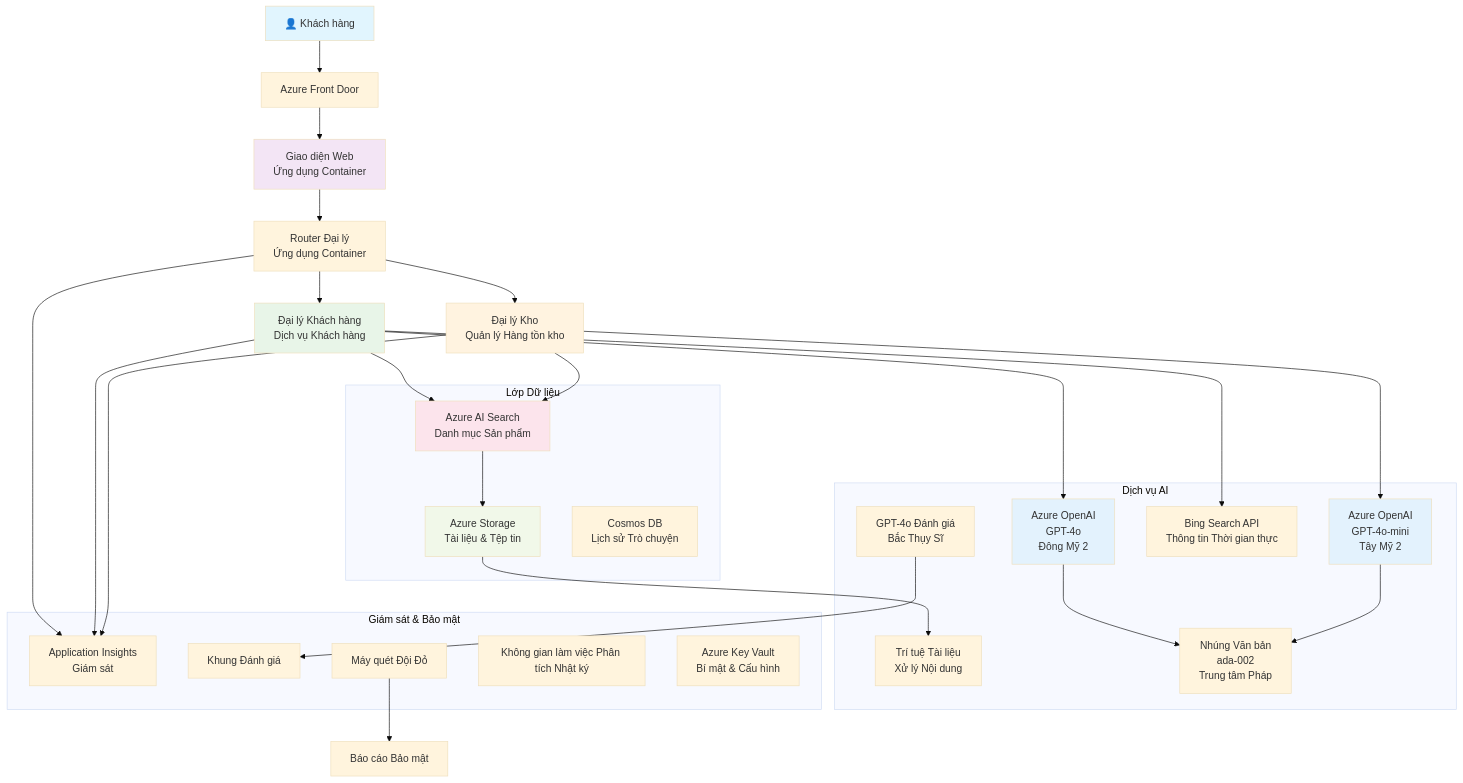
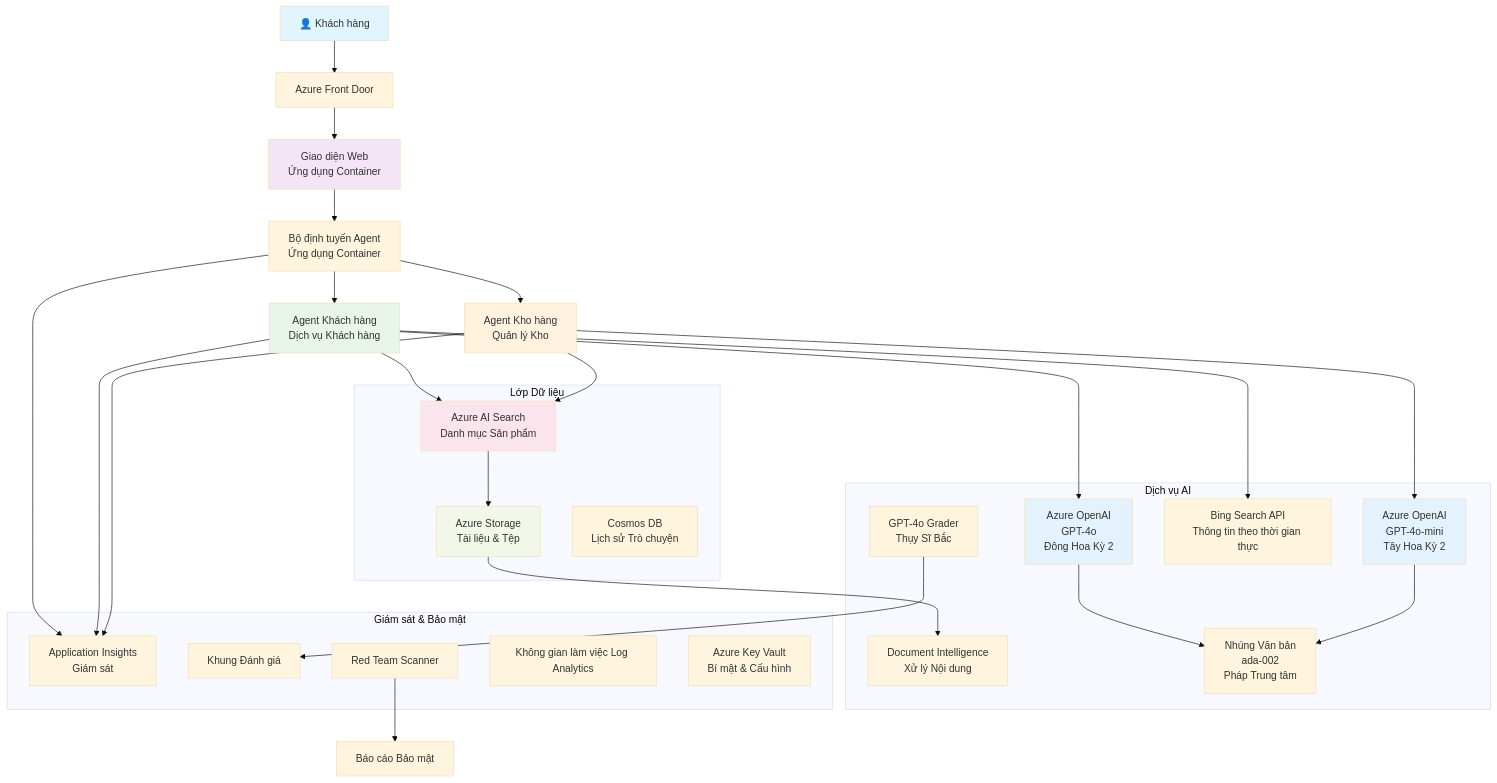
The diagram in translations/vi/examples/retail-scenario.md (microsoft/AZD-for-beginners), drawn with Mermaid (base theme) before and after one commit. The commit also changed other lines of this file and 242 other files, not shown here.

````diff
--- a/translations/vi/examples/retail-scenario.md
+++ b/translations/vi/examples/retail-scenario.md
@@ -148,61 +139,61 @@
 ```mermaid
 graph TB
     User[👤 Khách hàng] --> LB[Azure Front Door]
     LB --> WebApp[Giao diện Web<br/>Ứng dụng Container]
     
-    WebApp --> Router[Router Đại lý<br/>Ứng dụng Container]
-    Router --> CustomerAgent[Đại lý Khách hàng<br/>Dịch vụ Khách hàng]
-    Router --> InvAgent[Đại lý Kho<br/>Quản lý Hàng tồn kho]
+    WebApp --> Router[Bộ định tuyến Agent<br/>Ứng dụng Container]
+    Router --> CustomerAgent[Agent Khách hàng<br/>Dịch vụ Khách hàng]
+    Router --> InvAgent[Agent Kho hàng<br/>Quản lý Kho]
     
-    CustomerAgent --> OpenAI1[Azure OpenAI<br/>GPT-4o<br/>Đông Mỹ 2]
-    InvAgent --> OpenAI2[Azure OpenAI<br/>GPT-4o-mini<br/>Tây Mỹ 2]
+    CustomerAgent --> OpenAI1[Azure OpenAI<br/>GPT-4o<br/>Đông Hoa Kỳ 2]
+    InvAgent --> OpenAI2[Azure OpenAI<br/>GPT-4o-mini<br/>Tây Hoa Kỳ 2]
     
     CustomerAgent --> AISearch[Azure AI Search<br/>Danh mục Sản phẩm]
-    CustomerAgent --> BingSearch[Bing Search API<br/>Thông tin Thời gian thực]
+    CustomerAgent --> BingSearch[Bing Search API<br/>Thông tin theo thời gian thực]
     InvAgent --> AISearch
     
-    AISearch --> Storage[Azure Storage<br/>Tài liệu & Tệp tin]
-    Storage --> DocIntel[Trí tuệ Tài liệu<br/>Xử lý Nội dung]
+    AISearch --> Storage[Azure Storage<br/>Tài liệu & Tệp]
+    Storage --> DocIntel[Document Intelligence<br/>Xử lý Nội dung]
     
-    OpenAI1 --> Embeddings[Nhúng Văn bản<br/>ada-002<br/>Trung tâm Pháp]
+    OpenAI1 --> Embeddings[Nhúng Văn bản<br/>ada-002<br/>Pháp Trung tâm]
     OpenAI2 --> Embeddings
     
     Router --> AppInsights[Application Insights<br/>Giám sát]
     CustomerAgent --> AppInsights
     InvAgent --> AppInsights
     
-    GraderModel[GPT-4o Đánh giá<br/>Bắc Thụy Sĩ] --> Evaluation[Khung Đánh giá]
-    RedTeam[Máy quét Đội Đỏ] --> SecurityReports[Báo cáo Bảo mật]
+    GraderModel[GPT-4o Grader<br/>Thụy Sĩ Bắc] --> Evaluation[Khung Đánh giá]
+    RedTeam[Red Team Scanner] --> SecurityReports[Báo cáo Bảo mật]
     
     subgraph "Lớp Dữ liệu"
         Storage
         AISearch
         CosmosDB[Cosmos DB<br/>Lịch sử Trò chuyện]
     end
     
     subgraph "Dịch vụ AI"
         OpenAI1
         OpenAI2
         Embeddings
         GraderModel
         DocIntel
         BingSearch
     end
     
     subgraph "Giám sát & Bảo mật"
         AppInsights
-        LogAnalytics[Không gian làm việc Phân tích Nhật ký]
+        LogAnalytics[Không gian làm việc Log Analytics]
         KeyVault[Azure Key Vault<br/>Bí mật & Cấu hình]
         RedTeam
         Evaluation
     end
     
     style User fill:#e1f5fe
     style WebApp fill:#f3e5f5
     style CustomerAgent fill:#e8f5e8
     style InvAgent fill:#fff3e0
     style OpenAI1 fill:#e3f2fd
     style OpenAI2 fill:#e3f2fd
     style AISearch fill:#fce4ec
     style Storage fill:#f1f8e9
 ```
````
